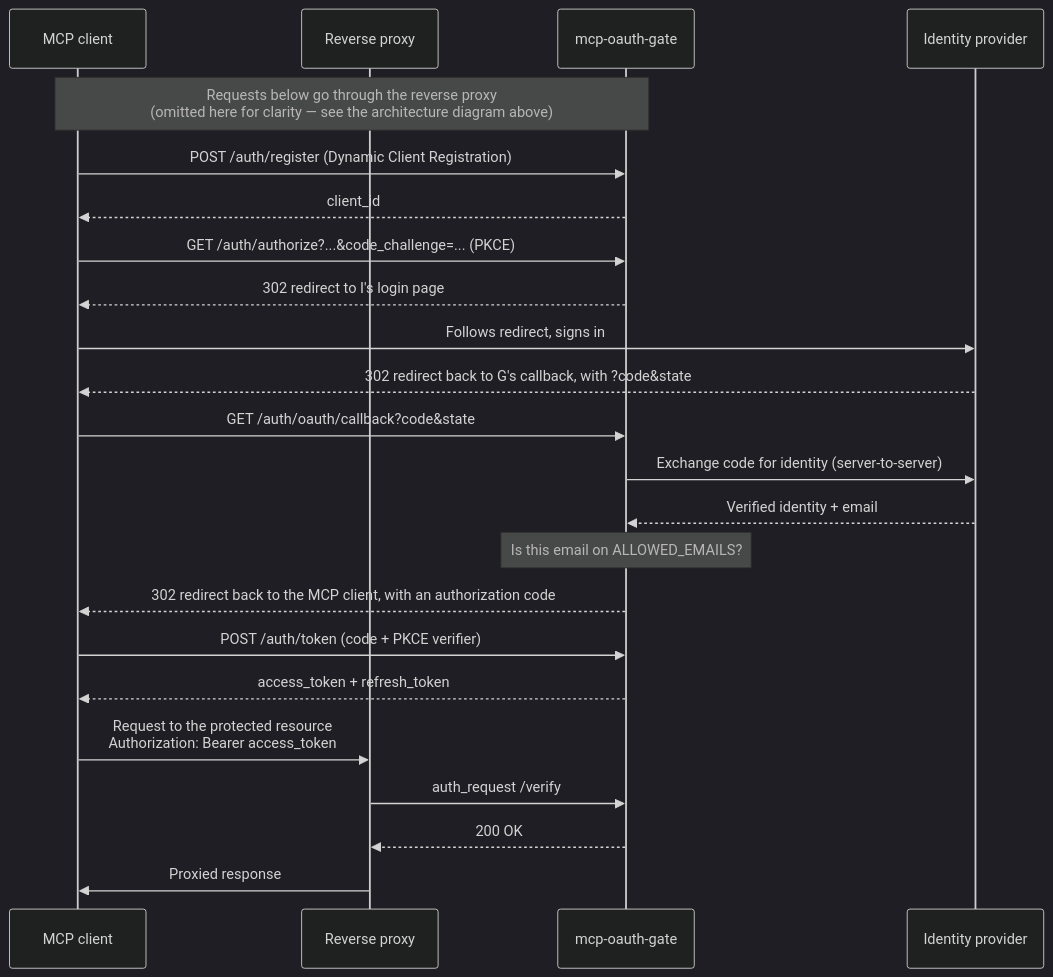
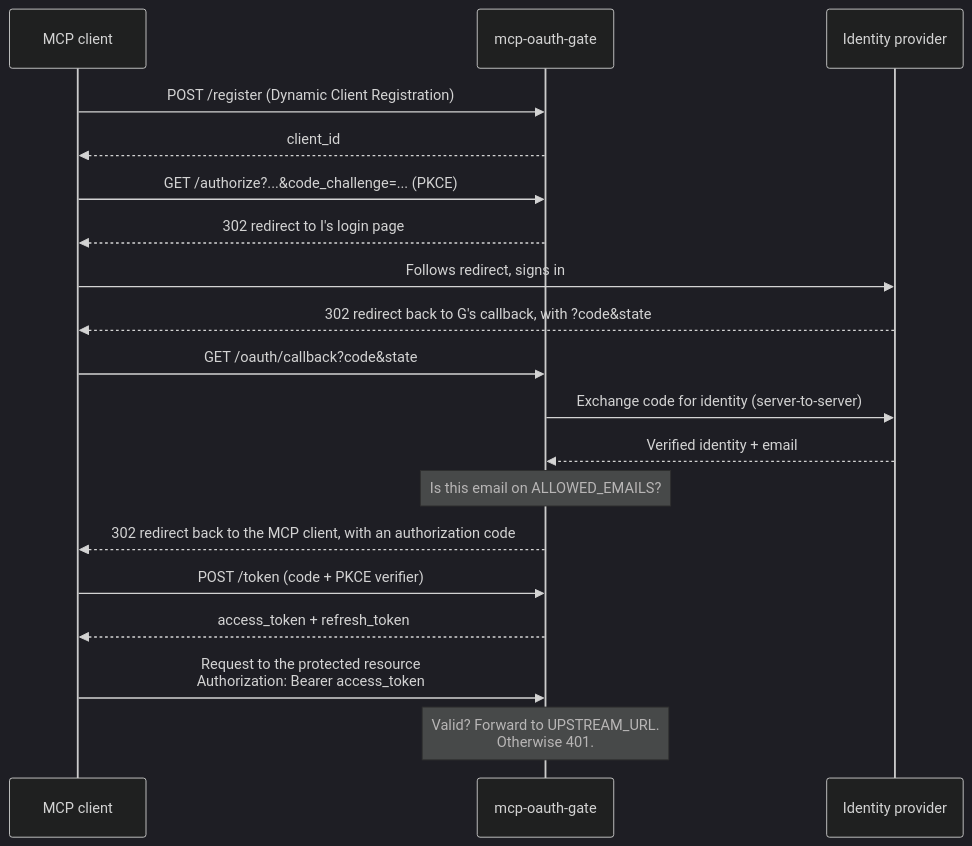
Before and after one commit to sanderBoot0/mcp-oauth-gate: the second of 2 diagrams in README.md, drawn with Mermaid (dark theme). The commit also changed other lines of this file and 20 other files, not shown here.

````diff
--- a/README.md
+++ b/README.md
@@ -68,31 +67,26 @@
 ```mermaid
 sequenceDiagram
     participant C as MCP client
-    participant P as Reverse proxy
     participant G as mcp-oauth-gate
     participant I as Identity provider
 
-    Note over C,G: Requests below go through the reverse proxy<br/>(omitted here for clarity — see the architecture diagram above)
-
-    C->>G: POST /auth/register  (Dynamic Client Registration)
+    C->>G: POST /register  (Dynamic Client Registration)
     G-->>C: client_id
 
-    C->>G: GET /auth/authorize?...&code_challenge=...  (PKCE)
+    C->>G: GET /authorize?...&code_challenge=...  (PKCE)
     G-->>C: 302 redirect to I's login page
     C->>I: Follows redirect, signs in
     I-->>C: 302 redirect back to G's callback, with ?code&state
 
-    C->>G: GET /auth/oauth/callback?code&state
+    C->>G: GET /oauth/callback?code&state
     G->>I: Exchange code for identity (server-to-server)
     I-->>G: Verified identity + email
     Note over G: Is this email on ALLOWED_EMAILS?
     G-->>C: 302 redirect back to the MCP client, with an authorization code
 
-    C->>G: POST /auth/token  (code + PKCE verifier)
+    C->>G: POST /token  (code + PKCE verifier)
     G-->>C: access_token + refresh_token
 
-    C->>P: Request to the protected resource<br/>Authorization: Bearer access_token
-    P->>G: auth_request /verify
-    G-->>P: 200 OK
-    P->>C: Proxied response
+    C->>G: Request to the protected resource<br/>Authorization: Bearer access_token
+    Note over G: Valid? Forward to UPSTREAM_URL.<br/>Otherwise 401.
 ```
````
